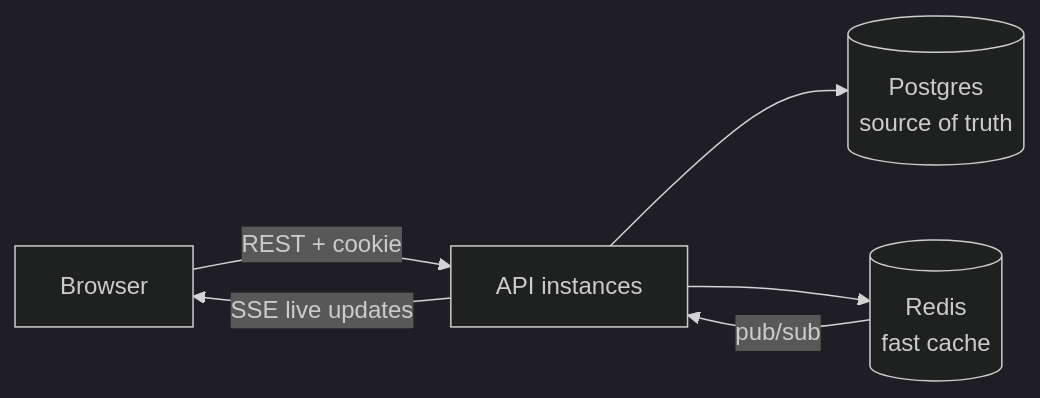
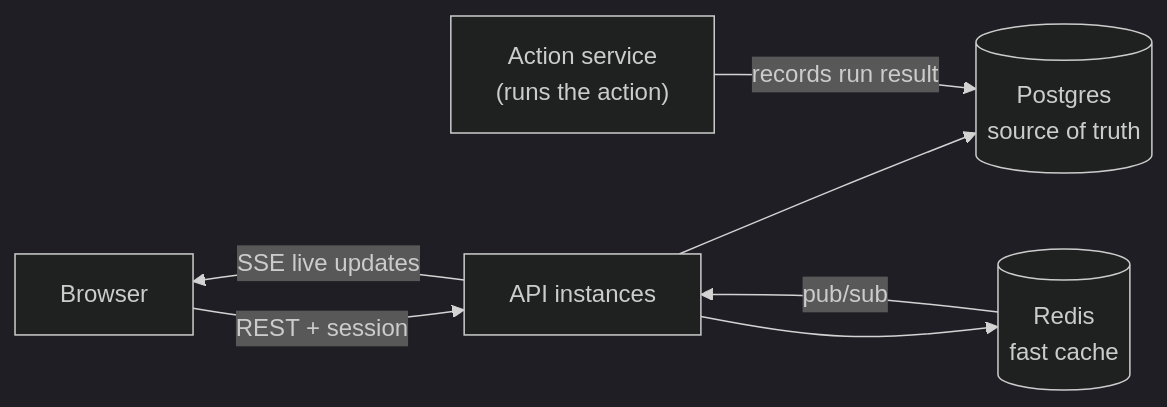
The first of 5 diagrams in src/problem6/README.md (bavuongco10/code-challenge), drawn with Mermaid (dark theme) before and after one commit. The commit also changed other lines of this file and 16 other files, not shown here.

````diff
--- a/src/problem6/README.md
+++ b/src/problem6/README.md
@@ -26,8 +23,9 @@
 ```mermaid
 flowchart LR
-    B[Browser] -->|"REST + cookie"| API[API instances]
+    B[Browser] -->|"REST + session"| API[API instances]
     API -->|"SSE live updates"| B
     API --> PG[("Postgres<br/>source of truth")]
     API --> RD[("Redis<br/>fast cache")]
     RD -->|"pub/sub"| API
+    AS["Action service<br/>(runs the action)"] -->|"records run result"| PG
 ```
````
